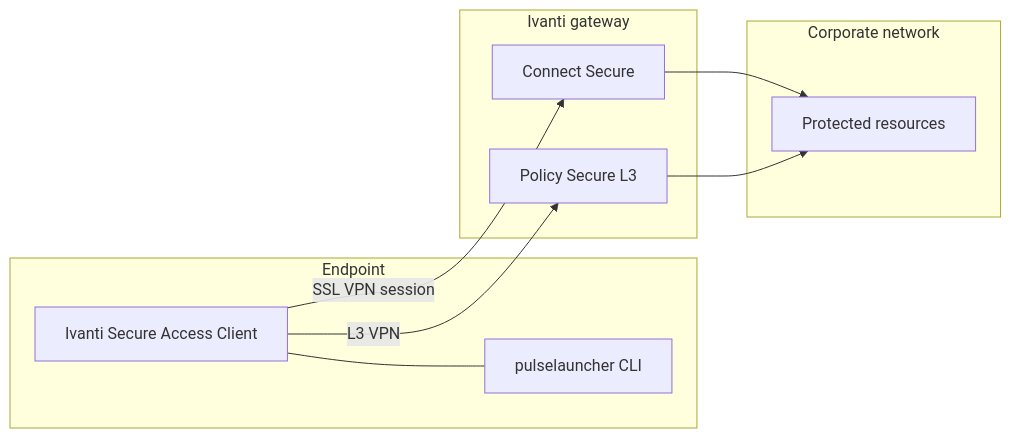
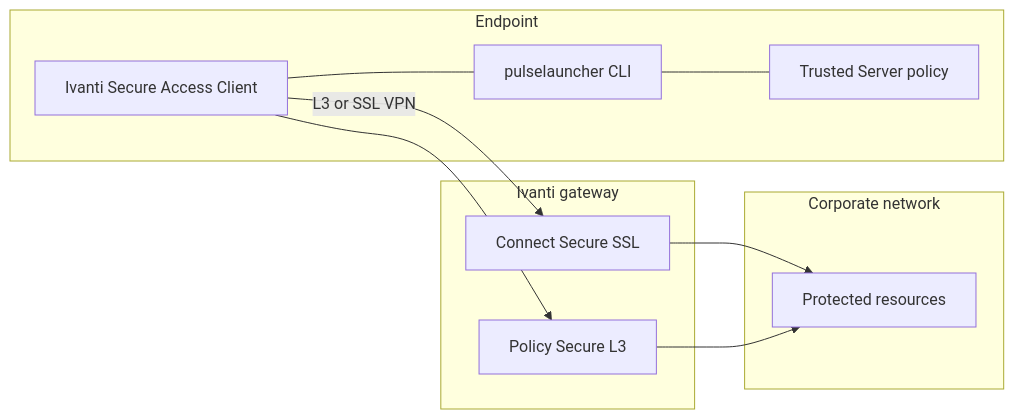
The first of 4 diagrams in docs/vpn-solutions/pulse-ivanti.md (roto31/Tunnel-Monitor---Universal), drawn with Mermaid before and after one commit. The commit also changed other lines of this file and 25 other files, not shown here.

First line of the commit message:
Docs: add vendor citations, topology SVGs, and updated Mermaid.

````diff
--- a/docs/vpn-solutions/pulse-ivanti.md
+++ b/docs/vpn-solutions/pulse-ivanti.md
@@ -29,19 +35,21 @@
 ```mermaid
 flowchart LR
     subgraph endpoint [Endpoint]
         ISAC[Ivanti Secure Access Client]
         PL[pulselauncher CLI]
+        TS[Trusted Server policy]
         ISAC --- PL
+        PL --- TS
     end
     subgraph gateway [Ivanti gateway]
-        ICS[Connect Secure]
+        ICS[Connect Secure SSL]
         IPS[Policy Secure L3]
     end
     subgraph corp [Corporate network]
         LAN[Protected resources]
     end
-    ISAC -->|SSL VPN session| ICS
-    ISAC -->|L3 VPN| IPS
+    ISAC -->|L3 or SSL VPN| ICS
+    ISAC --> IPS
     ICS --> LAN
     IPS --> LAN
 ```
````
